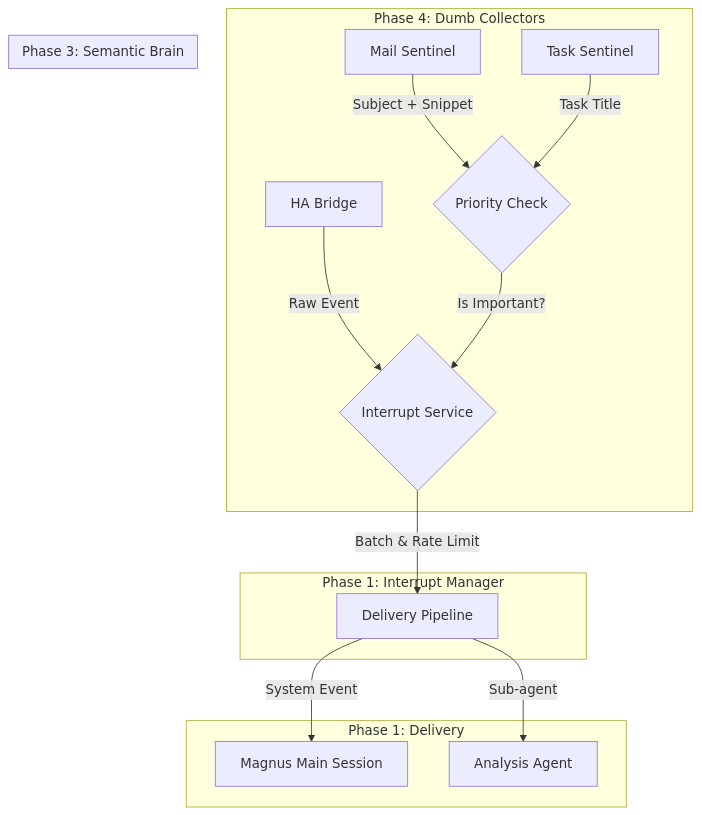
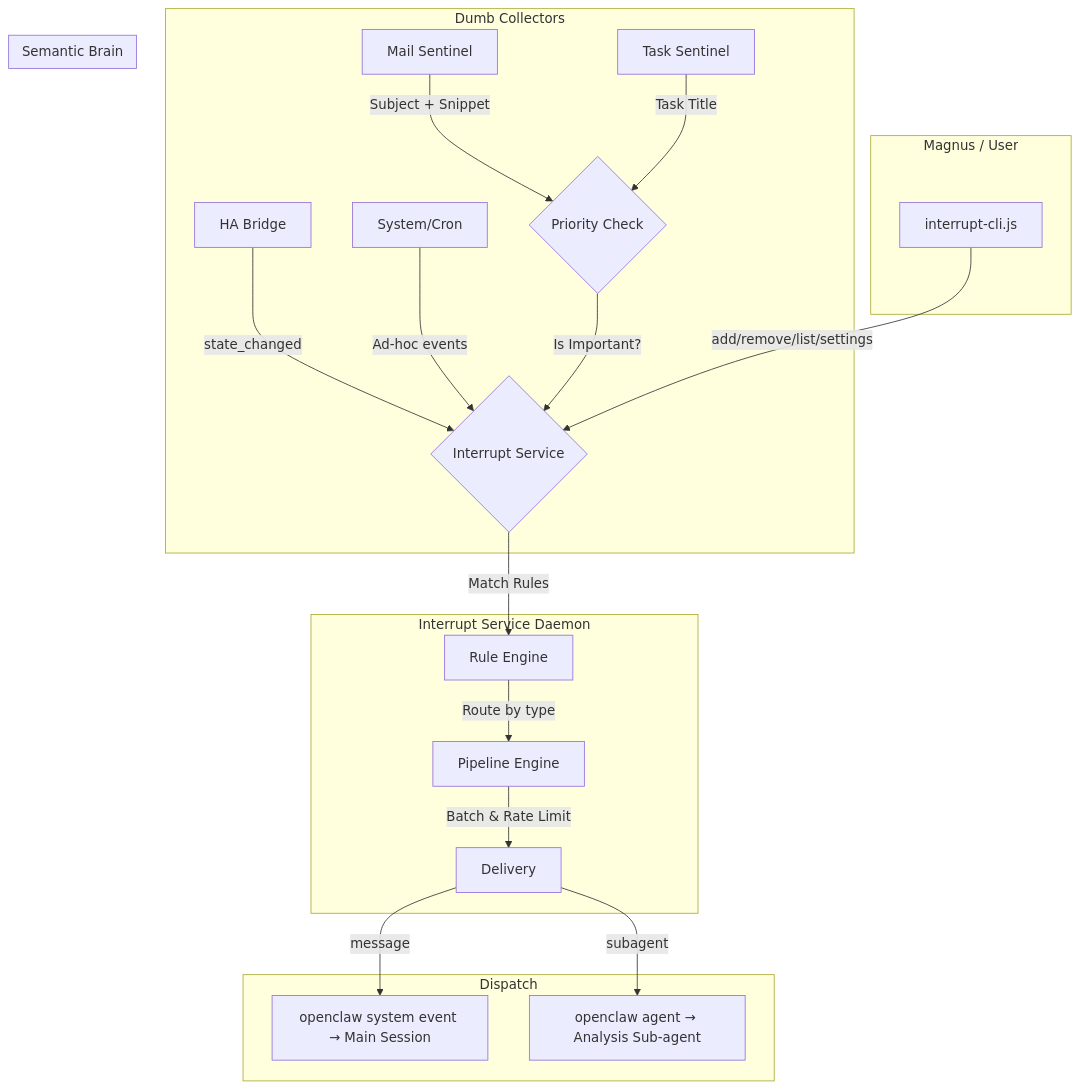
The diagram in PRD-interrupt-architecture.md (Jherrild/openclaw), drawn with Mermaid before and after one commit. The commit also changed other lines of this file and 1 other file, not shown here.

Commit message:
docs(interrupt-service): update PRDs with full feature spec and architecture decision

````diff
--- a/PRD-interrupt-architecture.md
+++ b/PRD-interrupt-architecture.md
@@ -16,22 +31,29 @@
 ```mermaid
 graph TD
-    subgraph Collectors [Phase 4: Dumb Collectors]
-        A[HA Bridge] -->|Raw Event| B(Interrupt Service)
+    subgraph Collectors [Dumb Collectors]
+        A[HA Bridge] -->|state_changed| B(Interrupt Service)
         C[Mail Sentinel] -->|Subject + Snippet| D(Priority Check)
         E[Task Sentinel] -->|Task Title| D
+        F[System/Cron] -->|Ad-hoc events| B
     end
 
-    subgraph Intelligence [Phase 3: Semantic Brain]
+    subgraph Intelligence [Semantic Brain]
         D{Priority Check} -->|Is Important?| B
     end
 
-    subgraph Core [Phase 1: Interrupt Manager]
+    subgraph Core [Interrupt Service Daemon]
         B{Interrupt Service}
-        B -->|Batch & Rate Limit| F[Delivery Pipeline]
+        B -->|Match Rules| R[Rule Engine]
+        R -->|Route by type| P[Pipeline Engine]
+        P -->|Batch & Rate Limit| G[Delivery]
     end
 
-    subgraph Action [Phase 1: Delivery]
-        F -->|System Event| G[Magnus Main Session]
-        F -->|Sub-agent| H[Analysis Agent]
+    subgraph Delivery [Dispatch]
+        G -->|message| H[openclaw system event → Main Session]
+        G -->|subagent| I[openclaw agent → Analysis Sub-agent]
+    end
+
+    subgraph Management [Magnus / User]
+        M[interrupt-cli.js] -->|add/remove/list/settings| B
     end
 ```
````
